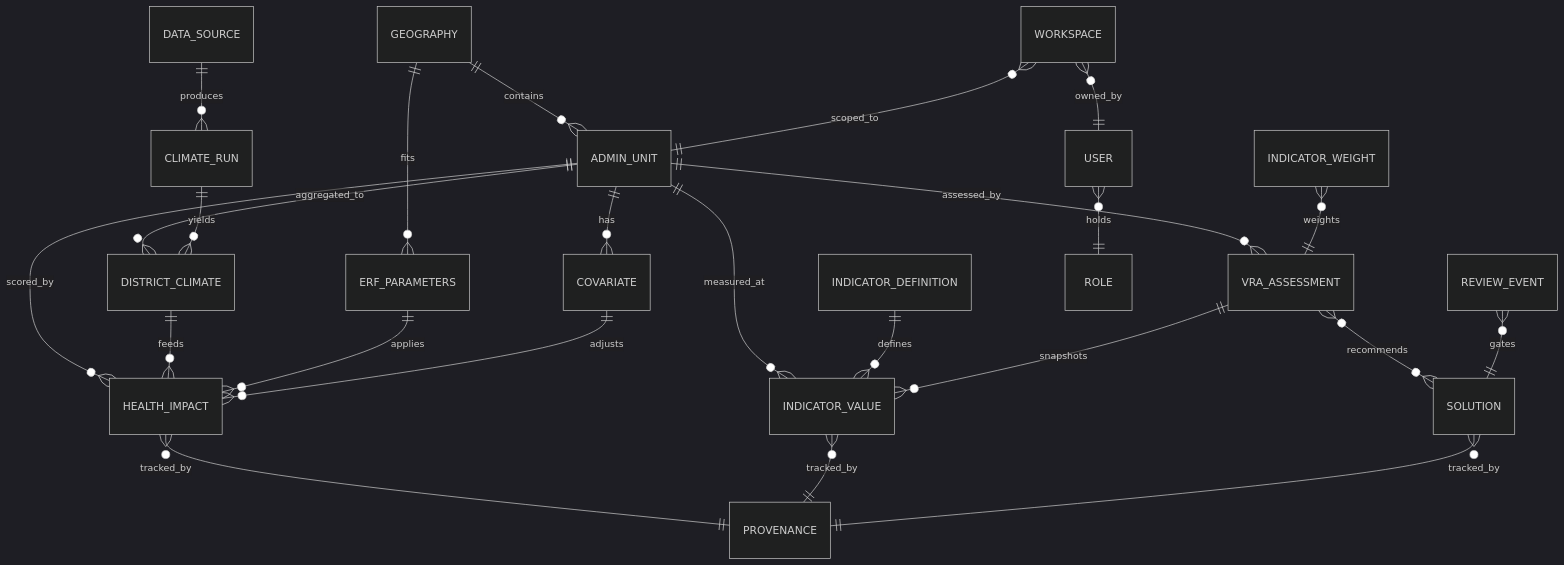
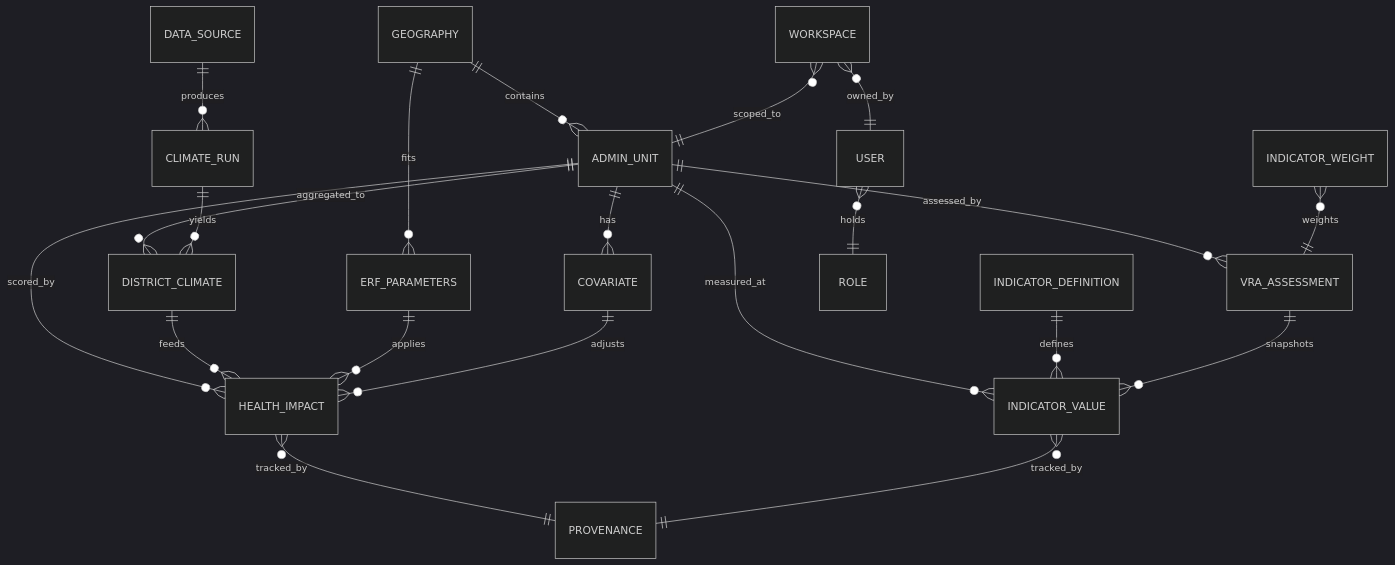
One commit to CHART-Scope/CHART changed the ninth of 12 diagrams in docs/tdd.md. Above: the diagram before and after it, drawn with Mermaid (dark theme). The commit also changed other lines of this file and 28 other files, not shown here.

````diff
--- a/docs/tdd.md
+++ b/docs/tdd.md
@@ -488,26 +512,23 @@
 ```mermaid
 erDiagram
   GEOGRAPHY ||--o{ ADMIN_UNIT : contains
   GEOGRAPHY ||--o{ ERF_PARAMETERS : fits
   ADMIN_UNIT ||--o{ HEALTH_IMPACT : scored_by
   ADMIN_UNIT ||--o{ DISTRICT_CLIMATE : aggregated_to
   ADMIN_UNIT ||--o{ COVARIATE : has
   ADMIN_UNIT ||--o{ VRA_ASSESSMENT : assessed_by
   ADMIN_UNIT ||--o{ INDICATOR_VALUE : measured_at
   DATA_SOURCE ||--o{ CLIMATE_RUN : produces
   CLIMATE_RUN ||--o{ DISTRICT_CLIMATE : yields
   DISTRICT_CLIMATE ||--o{ HEALTH_IMPACT : feeds
   ERF_PARAMETERS ||--o{ HEALTH_IMPACT : applies
   COVARIATE ||--o{ HEALTH_IMPACT : adjusts
   HEALTH_IMPACT }o--|| PROVENANCE : tracked_by
   INDICATOR_DEFINITION ||--o{ INDICATOR_VALUE : defines
   INDICATOR_VALUE }o--|| PROVENANCE : tracked_by
   VRA_ASSESSMENT ||--o{ INDICATOR_VALUE : snapshots
-  VRA_ASSESSMENT }o--o{ SOLUTION : recommends
   INDICATOR_WEIGHT }o--|| VRA_ASSESSMENT : weights
-  SOLUTION }o--|| PROVENANCE : tracked_by
-  REVIEW_EVENT }o--|| SOLUTION : gates
   WORKSPACE }o--|| USER : owned_by
   WORKSPACE }o--|| ADMIN_UNIT : scoped_to
   USER }o--|| ROLE : holds
 ```
````
